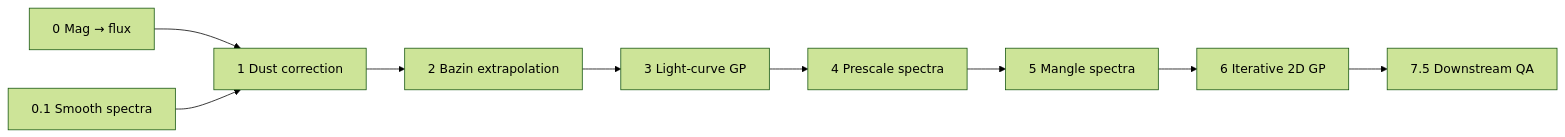
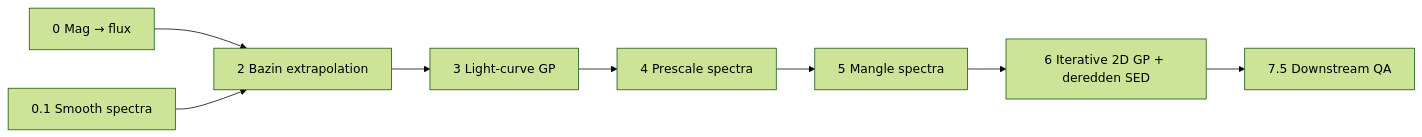
Before and after one commit to ravkaur20/kn-sed-pipeline: the diagram in README.md, drawn with Mermaid (forest theme). The commit also changed other lines of this file and 5 other files, not shown here.

````diff
--- a/README.md
+++ b/README.md
@@ -179,15 +180,14 @@
 ```mermaid
 flowchart LR
   s0["0 Mag → flux"]
   nb01["0.1 Smooth spectra"]
-  nb1["1 Dust correction"]
   nb2["2 Bazin extrapolation"]
   s3["3 Light-curve GP"]
   s4["4 Prescale spectra"]
   s5["5 Mangle spectra"]
-  s6["6 Iterative 2D GP"]
+  s6["6 Iterative 2D GP + deredden SED"]
   qa["7.5 Downstream QA"]
 
-  s0 --> nb1
-  nb01 --> nb1 --> nb2 --> s3 --> s4 --> s5 --> s6 --> qa
+  s0 --> nb2
+  nb01 --> nb2 --> s3 --> s4 --> s5 --> s6 --> qa
 ```
````
